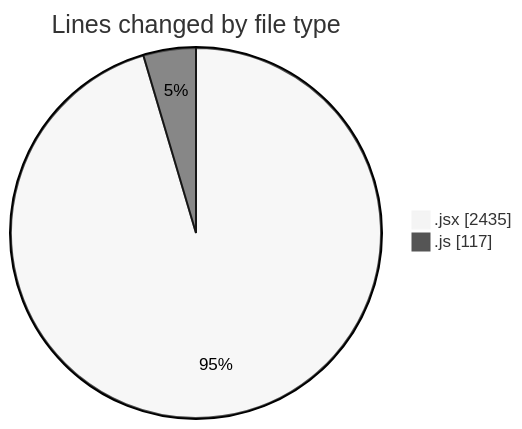
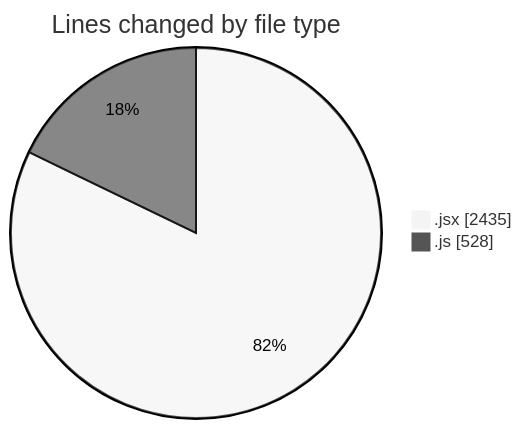
The first of 2 diagrams in 2025-08-26/nxtqube_webapp/README.md (nxtqubesakshisongat/code-tracking), drawn with Mermaid (neutral theme) before and after one commit. The commit also changed other lines of this file and 1 other file, not shown here.

````diff
--- a/2025-08-26/nxtqube_webapp/README.md
+++ b/2025-08-26/nxtqube_webapp/README.md
@@ -27,6 +27,6 @@
 ```mermaid
 pie showData
 title Lines changed by file type
 ".jsx" : 2435
-".js" : 117
+".js" : 528
 ```
````
